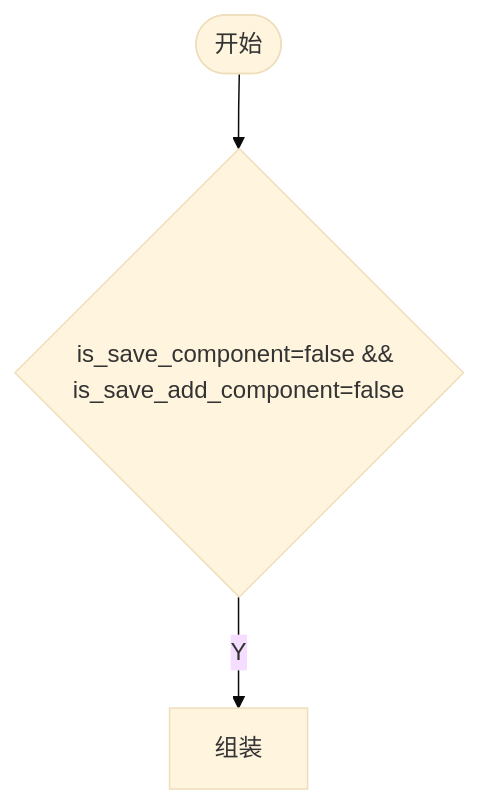
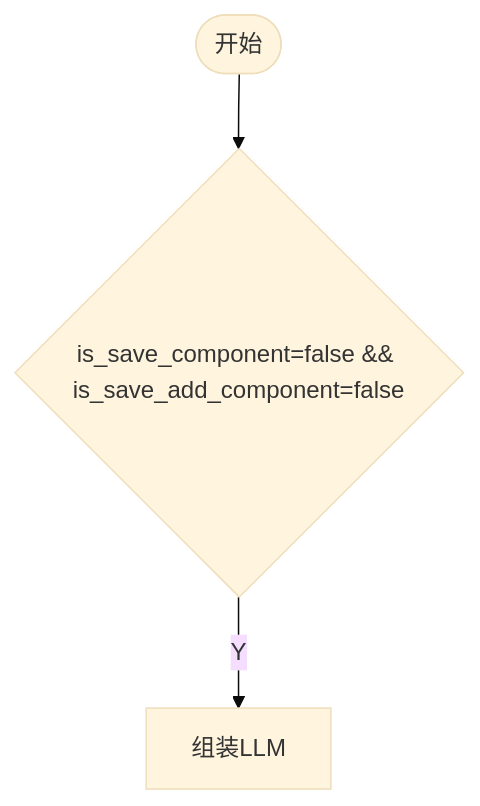
One commit to yingjianzh/iodraw-files changed the diagram in all/未命名-7.md. Above: the diagram before and after it, drawn with Mermaid (base theme).

Commit message:
2024-10-12 13:49:48 update

````diff
--- a/all/未命名-7.md
+++ b/all/未命名-7.md
@@ -1,7 +1,7 @@
 ```mermaid
 flowchart TD
     A([开始]) --> B{is_save_component=false && is_save_add_component=false}
-    B -- Y --> C[组装]
+    B -- Y --> C[组装LLM]
     
 
 ```
````
